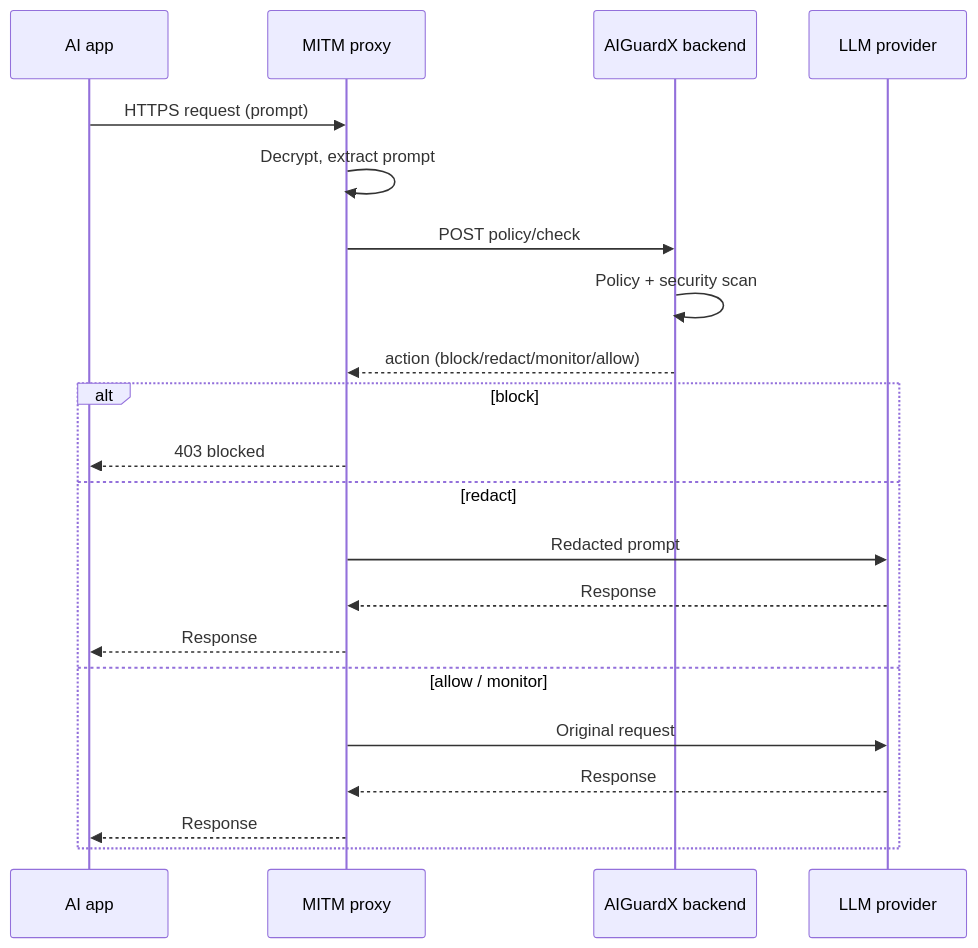
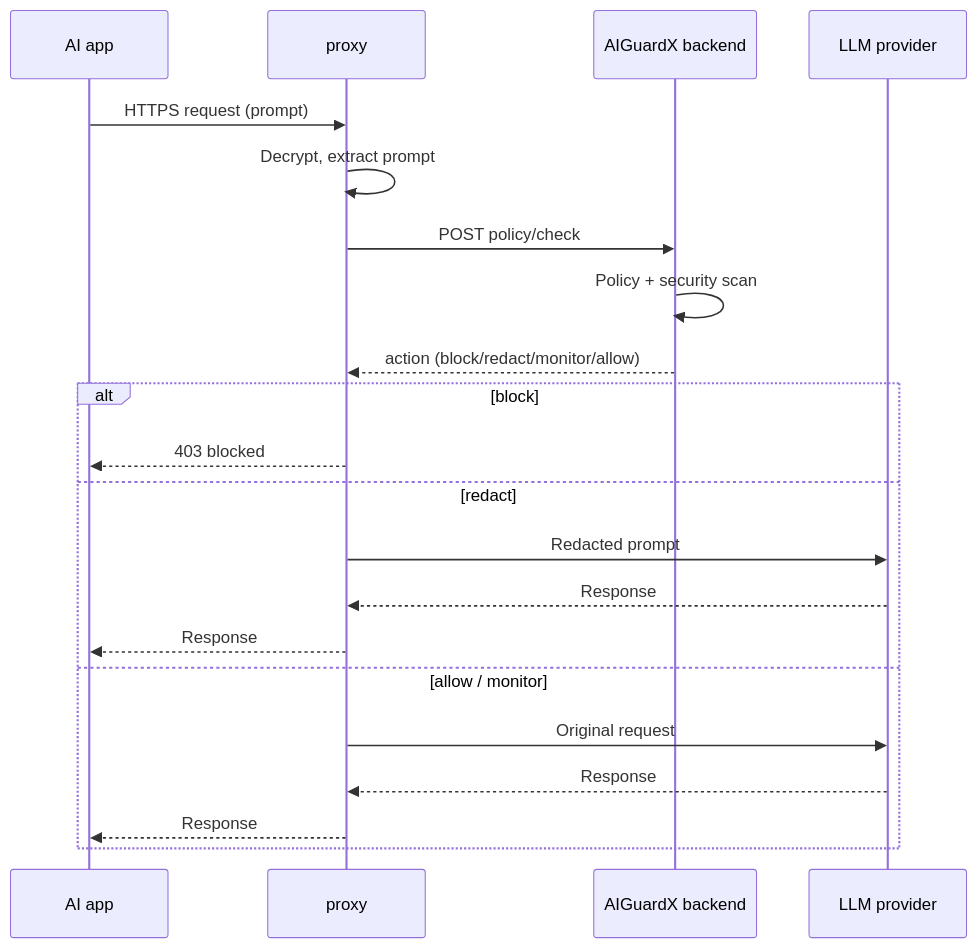
The second of 3 diagrams in README.md (vartulzeroshieldai/AIGuardX), drawn with Mermaid before and after one commit. The commit also changed other lines of this file, not shown here.

````diff
--- a/README.md
+++ b/README.md
@@ -107,25 +107,25 @@
 ```mermaid
 sequenceDiagram
     participant App as AI app
-    participant Proxy as MITM proxy
+    participant Proxy as proxy
     participant Backend as AIGuardX backend
     participant LLM as LLM provider
 
     App->>Proxy: HTTPS request (prompt)
     Proxy->>Proxy: Decrypt, extract prompt
     Proxy->>Backend: POST policy/check
     Backend->>Backend: Policy + security scan
     Backend-->>Proxy: action (block/redact/monitor/allow)
 
     alt block
         Proxy-->>App: 403 blocked
     else redact
         Proxy->>LLM: Redacted prompt
         LLM-->>Proxy: Response
         Proxy-->>App: Response
     else allow / monitor
         Proxy->>LLM: Original request
         LLM-->>Proxy: Response
         Proxy-->>App: Response
     end
 ```
````
